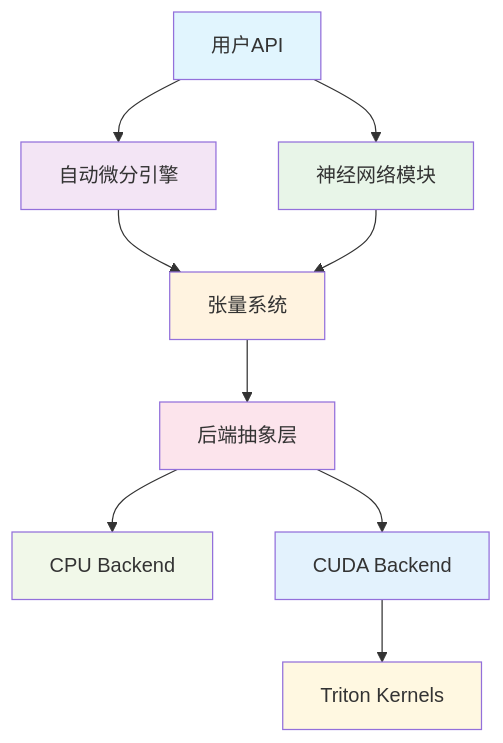
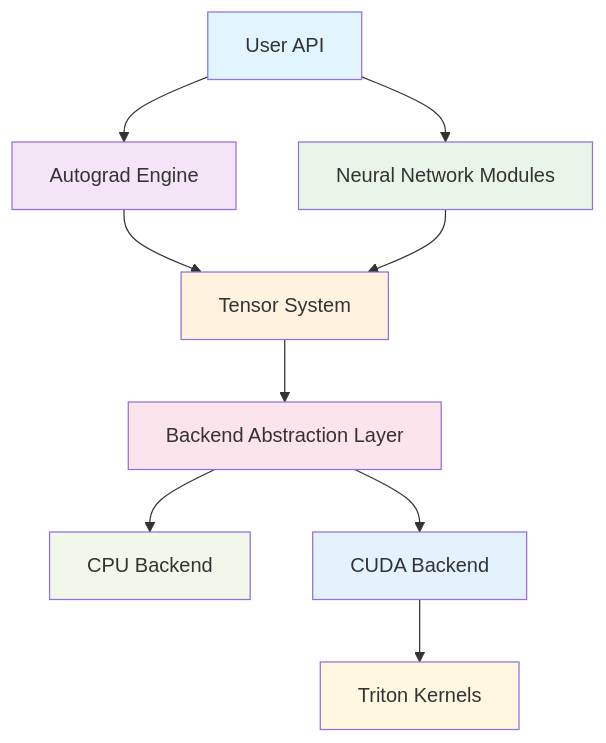
The diagram in docs/index.md (phonism/genesis), drawn with Mermaid before and after one commit. The commit also changed other lines of this file and 40 other files, not shown here.

````diff
--- a/docs/index.md
+++ b/docs/index.md
@@ -30,20 +30,20 @@
 ```mermaid
 graph TB
-    A[用户API] --> B[自动微分引擎]
-    A --> C[神经网络模块]
-    B --> D[张量系统]
+    A[User API] --> B[Autograd Engine]
+    A --> C[Neural Network Modules]
+    B --> D[Tensor System]
     C --> D
-    D --> E[后端抽象层]
+    D --> E[Backend Abstraction Layer]
     E --> F[CPU Backend]
     E --> G[CUDA Backend]
     G --> H[Triton Kernels]
     
     style A fill:#e1f5fe
     style B fill:#f3e5f5
     style C fill:#e8f5e8
     style D fill:#fff3e0
     style E fill:#fce4ec
     style F fill:#f1f8e9
     style G fill:#e3f2fd
     style H fill:#fff8e1
 ```
````
